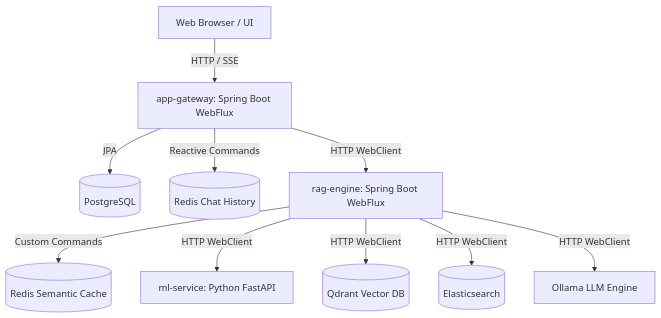
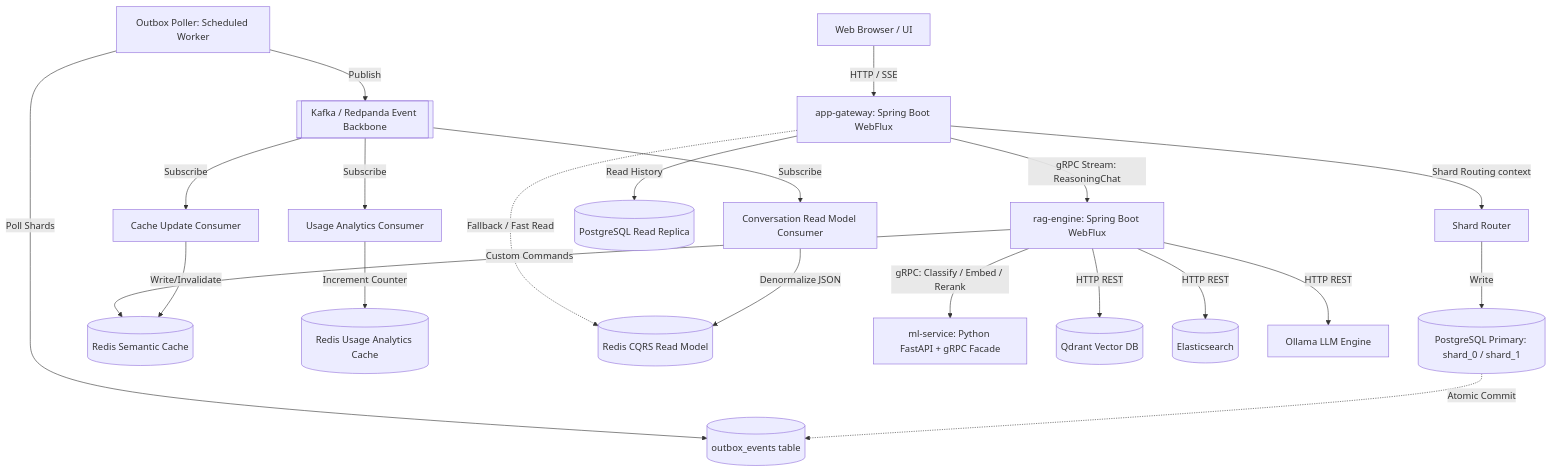
One commit to poojann-pandyaa/ChatBot changed the diagram in docs/architecture.md. Above: the diagram before and after it, drawn with Mermaid. The commit also changed other lines of this file, not shown here.

Commit message:
Commit updated system architecture diagram and component definitions.

````diff
--- a/docs/architecture.md
+++ b/docs/architecture.md
@@ -7,13 +9,38 @@
 ```mermaid
 graph TD
+    %% Clients
     Browser[Web Browser / UI] -->|HTTP / SSE| Gateway[app-gateway: Spring Boot WebFlux]
-    Gateway -->|JPA| Postgres[(PostgreSQL)]
-    Gateway -->|Reactive Commands| RedisHistory[(Redis Chat History)]
-    Gateway -->|HTTP WebClient| RAG[rag-engine: Spring Boot WebFlux]
     
-    RAG -->|Custom Commands| RedisCache[(Redis Semantic Cache)]
-    RAG -->|HTTP WebClient| ML[ml-service: Python FastAPI]
-    RAG -->|HTTP WebClient| Qdrant[(Qdrant Vector DB)]
-    RAG -->|HTTP WebClient| ES[(Elasticsearch)]
-    RAG -->|HTTP WebClient| Ollama[Ollama LLM Engine]
+    %% Write Path (Command)
+    Gateway -->|Shard Routing context| ShardRouter[Shard Router]
+    ShardRouter -->|Write| PGPrimary[(PostgreSQL Primary: shard_0 / shard_1)]
+    
+    %% Transactional Outbox
+    PGPrimary -.->|Atomic Commit| OutboxTable[(outbox_events table)]
+    OutboxPoller[Outbox Poller: Scheduled Worker] -->|Poll Shards| OutboxTable
+    OutboxPoller -->|Publish| KafkaBroker[[Kafka / Redpanda Event Backbone]]
+    
+    %% Event Consumers (Asynchronous Side Effects)
+    KafkaBroker -->|Subscribe| CacheConsumer[Cache Update Consumer]
+    KafkaBroker -->|Subscribe| AnalyticsConsumer[Usage Analytics Consumer]
+    KafkaBroker -->|Subscribe| CQRSConsumer[Conversation Read Model Consumer]
+    
+    %% CQRS Read Model & Analytics Cache
+    CacheConsumer -->|Write/Invalidate| RedisCache[(Redis Semantic Cache)]
+    AnalyticsConsumer -->|Increment Counter| RedisAnalytics[(Redis Usage Analytics Cache)]
+    CQRSConsumer -->|Denormalize JSON| RedisReadModel[(Redis CQRS Read Model)]
+    
+    %% Read Path (Query)
+    Gateway -->|Read History| PGReplica[(PostgreSQL Read Replica)]
+    Gateway -.->|Fallback / Fast Read| RedisReadModel
+    
+    %% Internal Orchestration (gRPC)
+    Gateway -->|gRPC Stream: ReasoningChat| RAG[rag-engine: Spring Boot WebFlux]
+    RAG -->|gRPC: Classify / Embed / Rerank| ML[ml-service: Python FastAPI + gRPC Facade]
+    
+    %% RAG Retrieval Databases
+    RAG -->|Custom Commands| RedisCache
+    RAG -->|HTTP REST| Qdrant[(Qdrant Vector DB)]
+    RAG -->|HTTP REST| ES[(Elasticsearch)]
+    RAG -->|HTTP REST| Ollama[Ollama LLM Engine]
 ```
````
